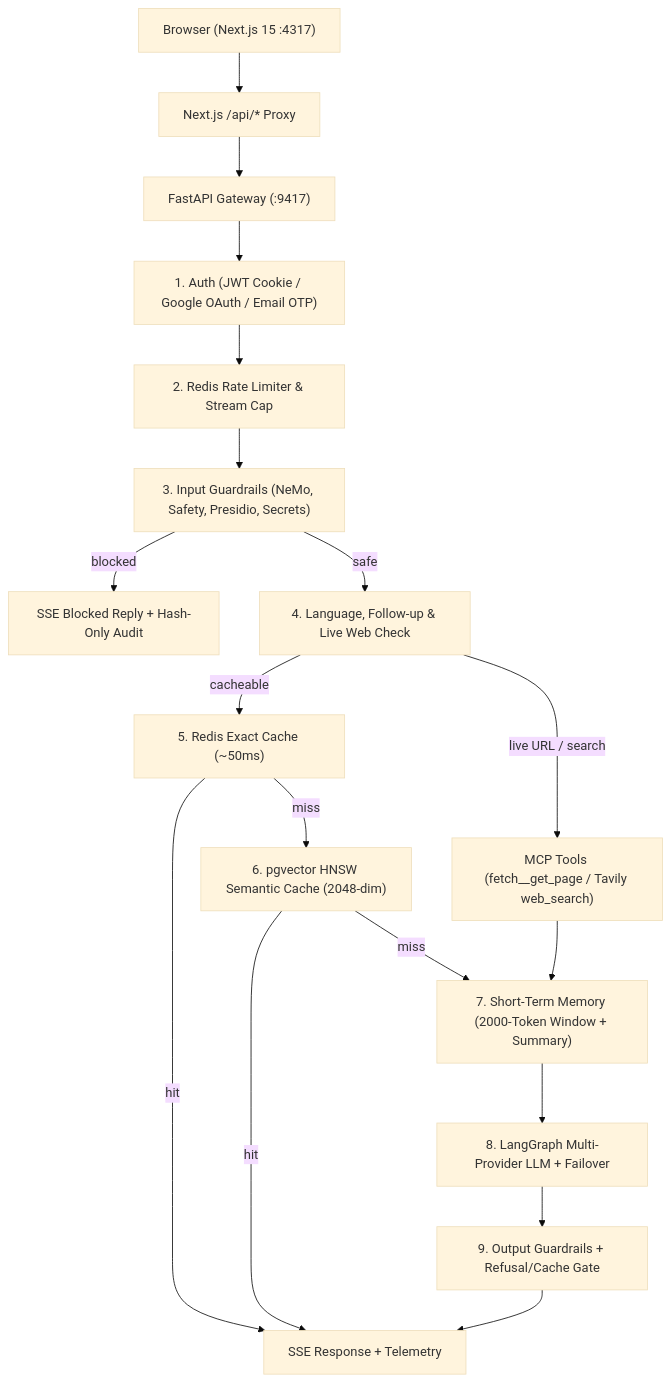
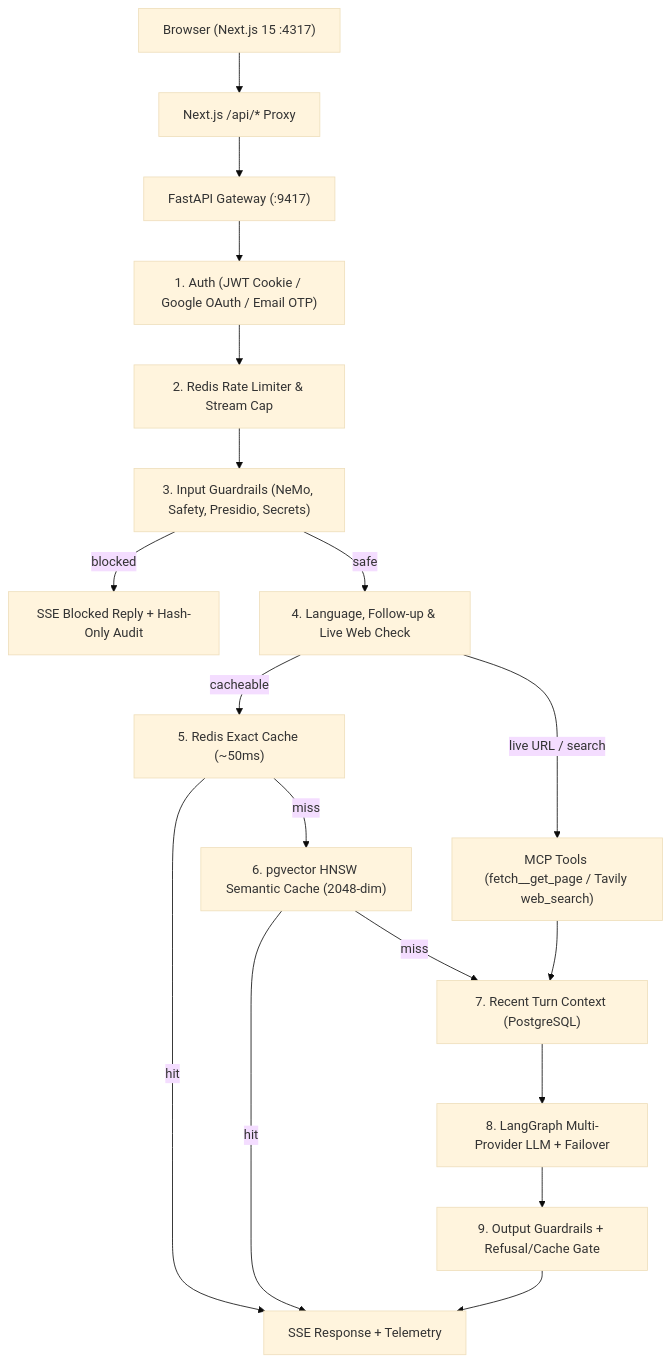
The first of 2 diagrams in README.md (NAMANSAINI62/VectoCore), drawn with Mermaid (base theme) before and after one commit. The commit also changed other lines of this file and 51 other files, not shown here.

Commit message:
Add settings page, voice polish, chart fixes, and cloud deploy prep

````diff
--- a/README.md
+++ b/README.md
@@ -96,20 +96,20 @@
 ```mermaid
 flowchart TD
     U["Browser (Next.js 15 :4317)"] --> P["Next.js /api/* Proxy"]
     P --> A["FastAPI Gateway (:9417)"]
     A --> AUTH["1. Auth (JWT Cookie / Google OAuth / Email OTP)"]
     AUTH --> RL["2. Redis Rate Limiter & Stream Cap"]
     RL --> IG["3. Input Guardrails (NeMo, Safety, Presidio, Secrets)"]
     IG -->|"blocked"| BLK["SSE Blocked Reply + Hash-Only Audit"]
     IG -->|"safe"| LANG["4. Language, Follow-up & Live Web Check"]
     LANG -->|"live URL / search"| MCP["MCP Tools (fetch__get_page / Tavily web_search)"]
     LANG -->|"cacheable"| L1["5. Redis Exact Cache (~50ms)"]
     L1 -->|"miss"| L2["6. pgvector HNSW Semantic Cache (2048-dim)"]
     L1 -->|"hit"| SSE["SSE Response + Telemetry"]
     L2 -->|"hit"| SSE
-    L2 -->|"miss"| MEM["7. Short-Term Memory (2000-Token Window + Summary)"]
-    MCP --> MEM
-    MEM --> LLM["8. LangGraph Multi-Provider LLM + Failover"]
+    L2 -->|"miss"| CTX["7. Recent Turn Context (PostgreSQL)"]
+    MCP --> CTX
+    CTX --> LLM["8. LangGraph Multi-Provider LLM + Failover"]
     LLM --> OG["9. Output Guardrails + Refusal/Cache Gate"]
     OG --> SSE
 ```
````
